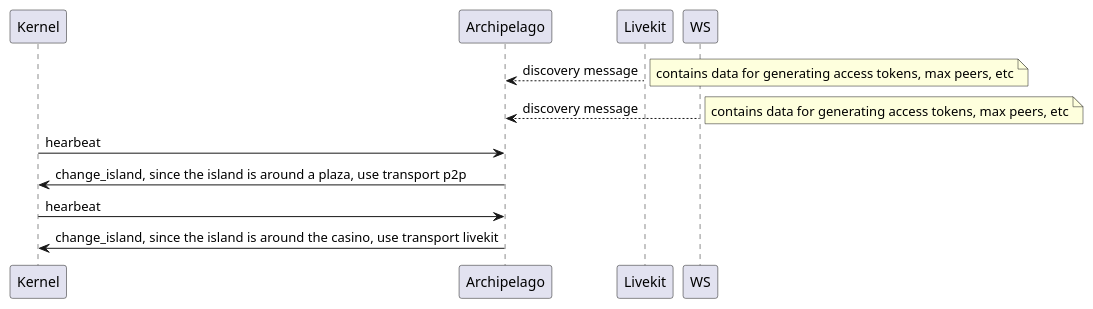
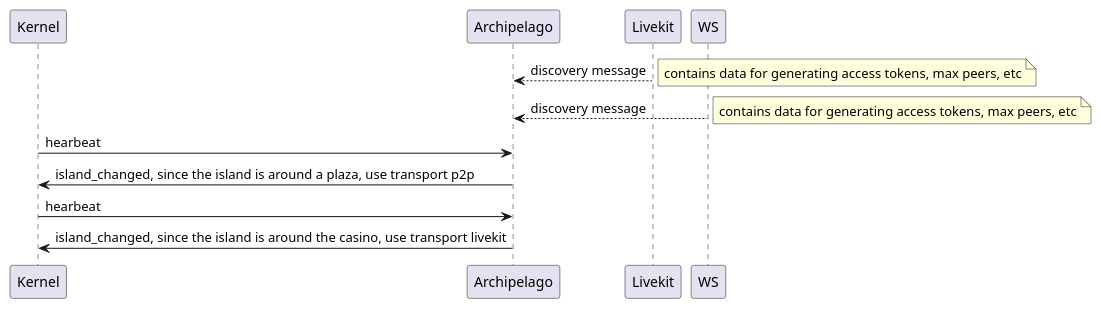
Before and after one commit to decentraland/libpeer-comms-v3: the sixth of 9 diagrams in docs/comms.org, drawn with PlantUML. The commit also changed other lines of this file and 1 other file, not shown here.

Commit message:
docs: fix `island_changed` message in docs

```diff
--- a/docs/comms.org
+++ b/docs/comms.org
@@ -151,17 +151,17 @@
 #+begin_src plantuml :file comms-v3-scale.png
   participant Kernel as K
 
   participant Archipelago as a
   participant Livekit as t1
   participant WS as t2
 
   t1--> a: discovery message
   note right: contains data for generating access tokens, max peers, etc
   t2--> a: discovery message
   note right: contains data for generating access tokens, max peers, etc
 
   K->a: hearbeat
-  a->K: change_island, since the island is around a plaza, use transport p2p
+  a->K: island_changed, since the island is around a plaza, use transport p2p
   K->a: hearbeat
-  a->K: change_island, since the island is around the casino, use transport livekit
+  a->K: island_changed, since the island is around the casino, use transport livekit
 #+end_src
```
